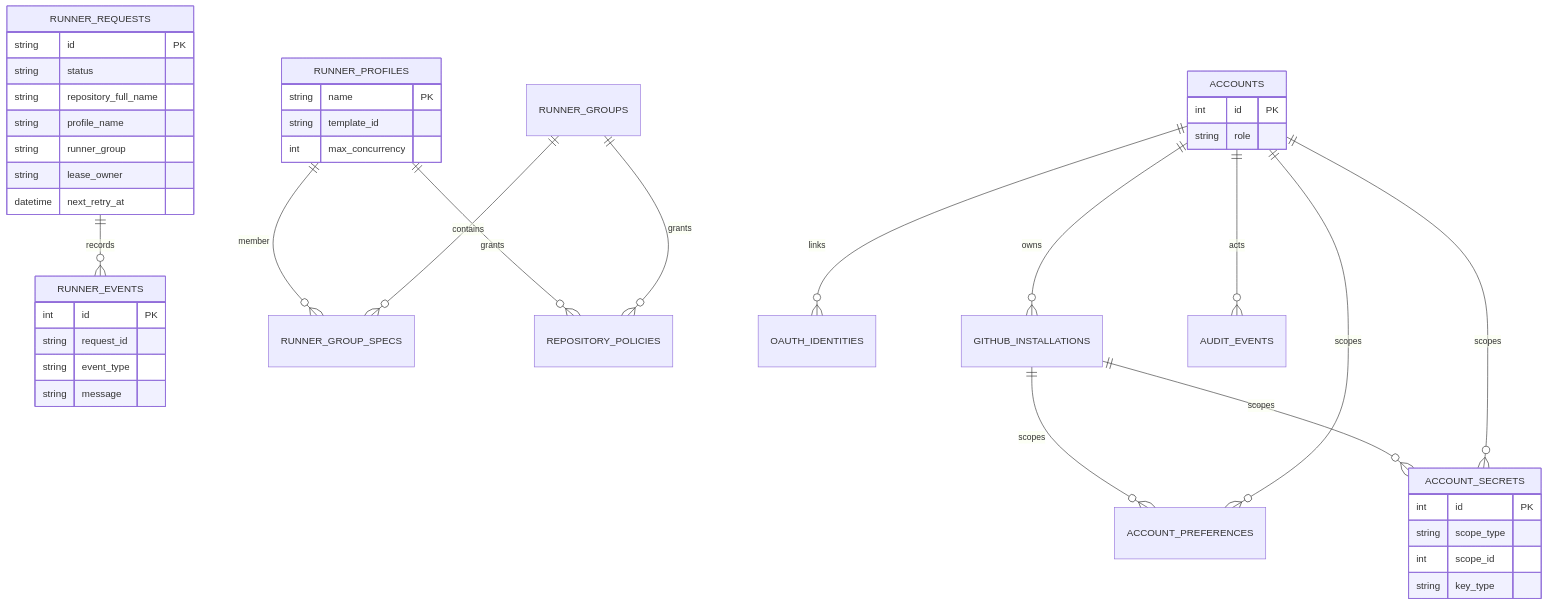
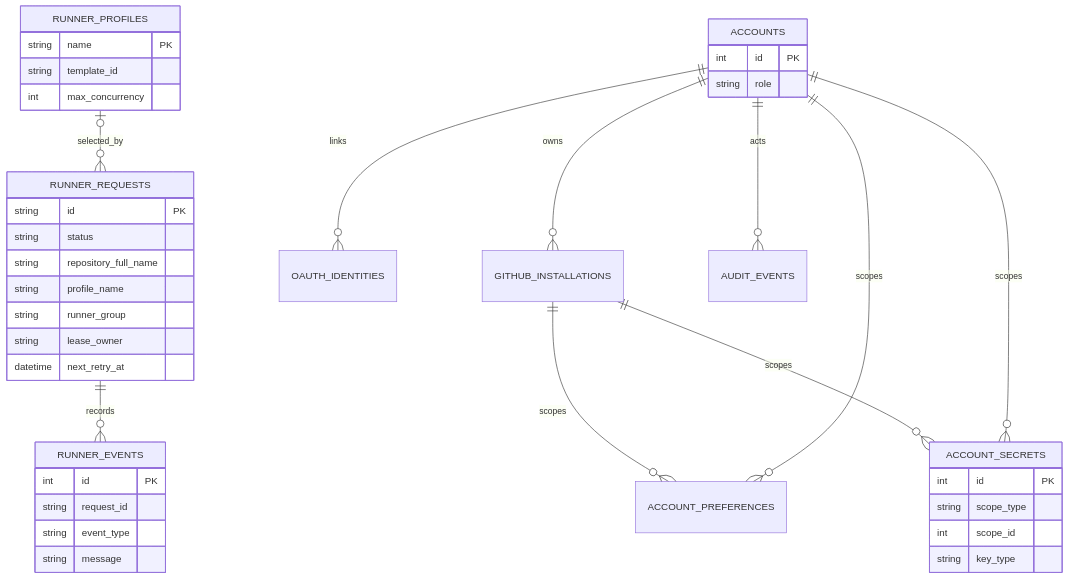
The fourth of 6 diagrams in docs/runner-architecture-comparison.md (jimyag/e2b-github-runner), drawn with Mermaid before and after one commit. The commit also changed other lines of this file and 23 other files, not shown here.

````diff
--- a/docs/runner-architecture-comparison.md
+++ b/docs/runner-architecture-comparison.md
@@ -132,46 +132,43 @@
 ```mermaid
 erDiagram
   RUNNER_REQUESTS ||--o{ RUNNER_EVENTS : records
-  RUNNER_PROFILES ||--o{ RUNNER_GROUP_SPECS : member
-  RUNNER_GROUPS ||--o{ RUNNER_GROUP_SPECS : contains
-  RUNNER_PROFILES ||--o{ REPOSITORY_POLICIES : grants
-  RUNNER_GROUPS ||--o{ REPOSITORY_POLICIES : grants
+  RUNNER_PROFILES o|--o{ RUNNER_REQUESTS : selected_by
   ACCOUNTS ||--o{ OAUTH_IDENTITIES : links
   ACCOUNTS ||--o{ GITHUB_INSTALLATIONS : owns
   ACCOUNTS ||--o{ AUDIT_EVENTS : acts
   GITHUB_INSTALLATIONS ||--o{ ACCOUNT_PREFERENCES : scopes
   GITHUB_INSTALLATIONS ||--o{ ACCOUNT_SECRETS : scopes
   ACCOUNTS ||--o{ ACCOUNT_PREFERENCES : scopes
   ACCOUNTS ||--o{ ACCOUNT_SECRETS : scopes
 
   RUNNER_REQUESTS {
     string id PK
     string status
     string repository_full_name
     string profile_name
     string runner_group
     string lease_owner
     datetime next_retry_at
   }
   RUNNER_EVENTS {
     int id PK
     string request_id
     string event_type
     string message
   }
   RUNNER_PROFILES {
     string name PK
     string template_id
     int max_concurrency
   }
   ACCOUNTS {
     int id PK
     string role
   }
   ACCOUNT_SECRETS {
     int id PK
     string scope_type
     int scope_id
     string key_type
   }
 ```
````
